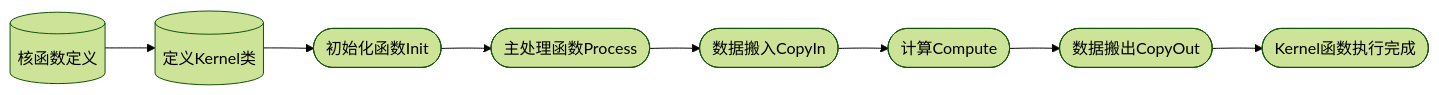
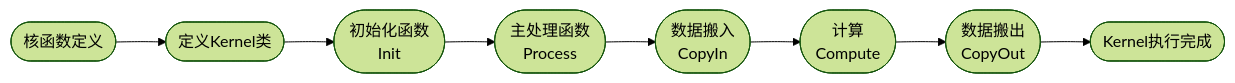
The fifth of 5 diagrams in docs/context/AI Core算子开发指南.md (ckorikov/cann-ops-transformer), drawn with Mermaid (forest theme) before and after one commit. The commit also changed other lines of this file and 7 other files, not shown here.

````diff
--- a/docs/context/AI Core算子开发指南.md
+++ b/docs/context/AI Core算子开发指南.md
@@ -448,10 +365,10 @@
 ```mermaid
 graph LR
-	H[(核函数定义)] -->A[(定义Kernel类)]
-	A -->B([初始化函数Init])
-    B --> C([主处理函数Process])
-    C -->D([数据搬入CopyIn])
-    D -->E([计算Compute])
-    E -->F([数据搬出CopyOut])
-    F -->G([Kernel函数执行完成])
+	H([核函数定义]) -->A([定义Kernel类])
+	A -->B([初始化函数<br>Init])
+    B --> C([主处理函数<br>Process])
+    C -->D([数据搬入<br>CopyIn])
+    D -->E([计算<br>Compute])
+    E -->F([数据搬出<br>CopyOut])
+    F -->G([Kernel执行完成])
 ```
````
